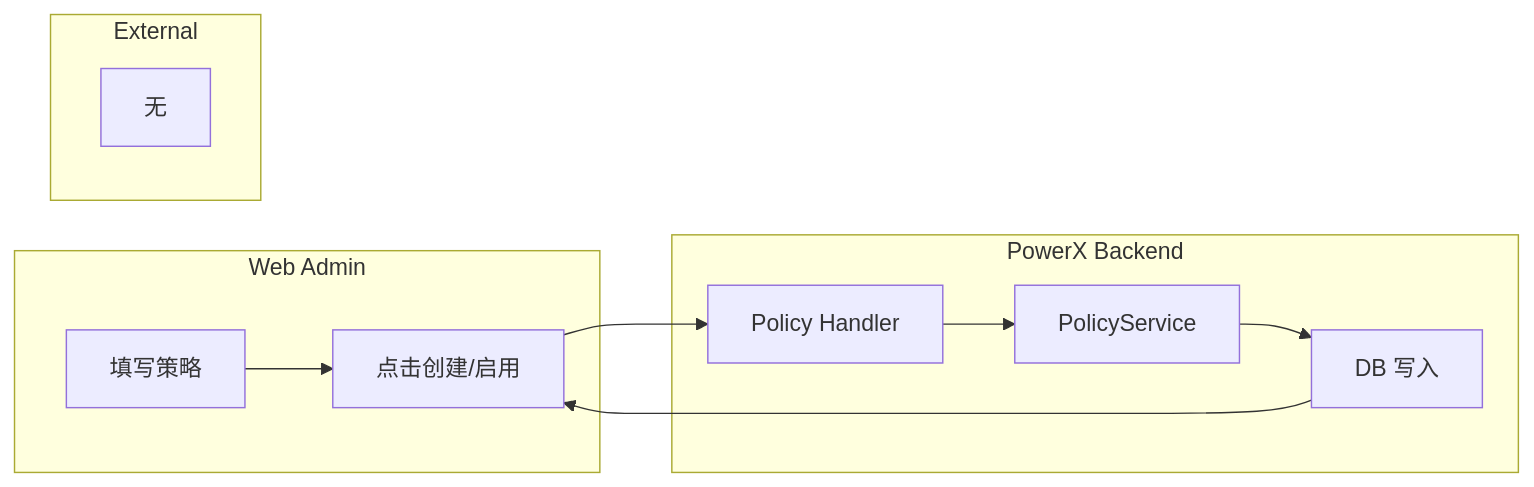
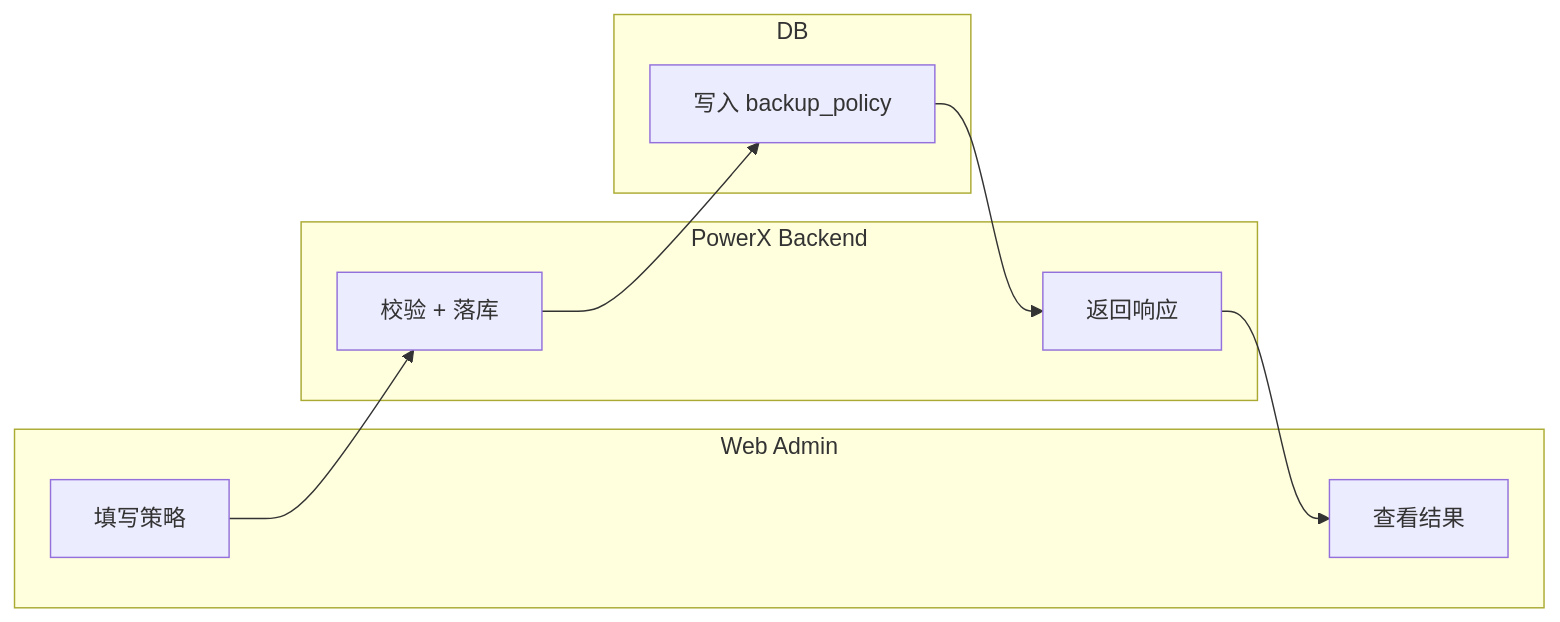
The third of 3 diagrams in docs/guides/deploy/027-monitor-center/usecase-us1-policy-automation.md (ArtisanCloud/PowerX), drawn with Mermaid before and after one commit. The commit also changed other lines of this file and 32 other files, not shown here.

````diff
--- a/docs/guides/deploy/027-monitor-center/usecase-us1-policy-automation.md
+++ b/docs/guides/deploy/027-monitor-center/usecase-us1-policy-automation.md
@@ -33,16 +44,15 @@
 ```mermaid
 flowchart LR
   subgraph L1[Web Admin]
     U1[填写策略]
-    U2[点击创建/启用]
+    U2[查看结果]
   end
   subgraph L2[PowerX Backend]
-    B1[Policy Handler]
-    B2[PolicyService]
-    B3[DB 写入]
+    B1[校验 + 落库]
+    B2[返回响应]
   end
-  subgraph L3[External]
-    X1[无]
+  subgraph L3[DB]
+    D1[写入 backup_policy]
   end
-  U1 --> U2 --> B1 --> B2 --> B3 --> U2
+  U1 --> B1 --> D1 --> B2 --> U2
 ```
````
